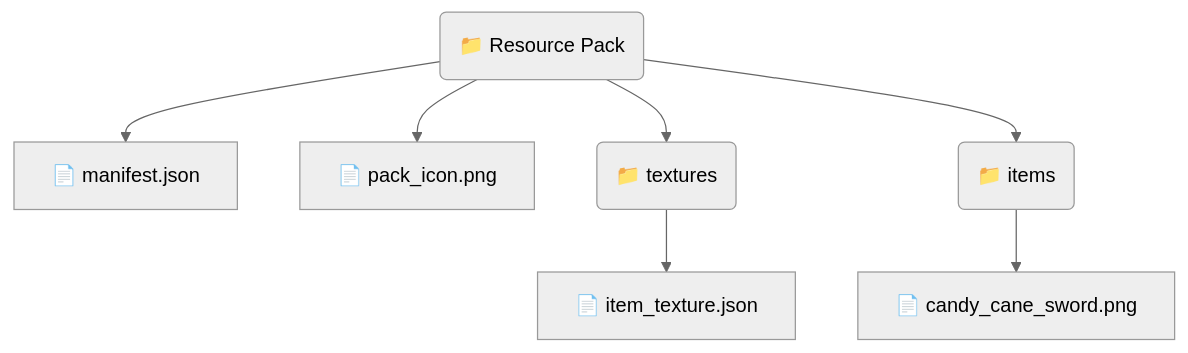
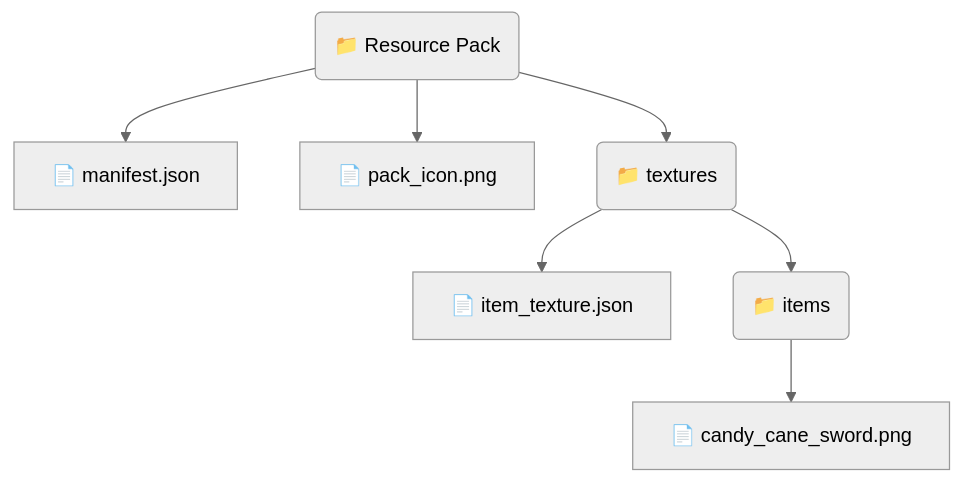
One commit to MemoriesOfTime/Nukkit-MOT-Wiki changed the second of 3 diagrams in i18n/zh/docusaurus-plugin-content-docs/current/tutorial-extras/custom/custom_item.mdx. Above: the diagram before and after it, drawn with Mermaid (neutral theme). The commit also changed other lines of this file and 1 other file, not shown here.

````diff
--- a/i18n/zh/docusaurus-plugin-content-docs/current/tutorial-extras/custom/custom_item.mdx
+++ b/i18n/zh/docusaurus-plugin-content-docs/current/tutorial-extras/custom/custom_item.mdx
@@ -163,9 +189,9 @@
 ```mermaid
 graph TD;
     RP("📁 Resource Pack") --> manifest["📄 manifest.json"];
     RP --> pack_icon["📄 pack_icon.png"];
     RP --> textures("📁 textures");
     textures --> item_texture["📄 item_texture.json"];
-    RP --> items("📁 items");
+    textures --> items("📁 items");
     items --> candy_cane_sword["📄 candy_cane_sword.png"];
 ```
````
